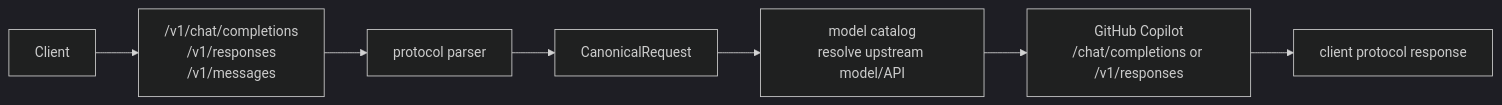
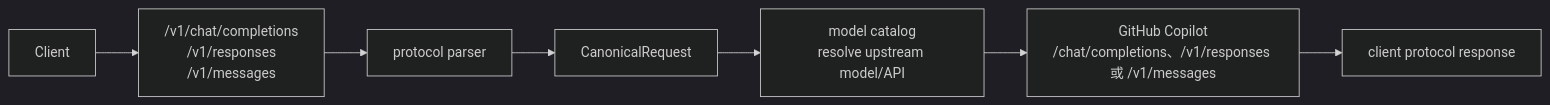
Before and after one commit to pczhao1210/ghcp-pool-proxy: the diagram in docs/protocol.zh.md, drawn with Mermaid (dark theme). The commit also changed other lines of this file and 8 other files, not shown here.

````diff
--- a/docs/protocol.zh.md
+++ b/docs/protocol.zh.md
@@ -20,9 +21,9 @@
 ```mermaid
 flowchart LR
   C["Client"] --> E["/v1/chat/completions\n/v1/responses\n/v1/messages"]
   E --> P["protocol parser"]
   P --> R["CanonicalRequest"]
   R --> M["model catalog\nresolve upstream model/API"]
-  M --> U["GitHub Copilot\n/chat/completions or /v1/responses"]
+  M --> U["GitHub Copilot\n/chat/completions、/v1/responses 或 /v1/messages"]
   U --> O["client protocol response"]
 ```
````
